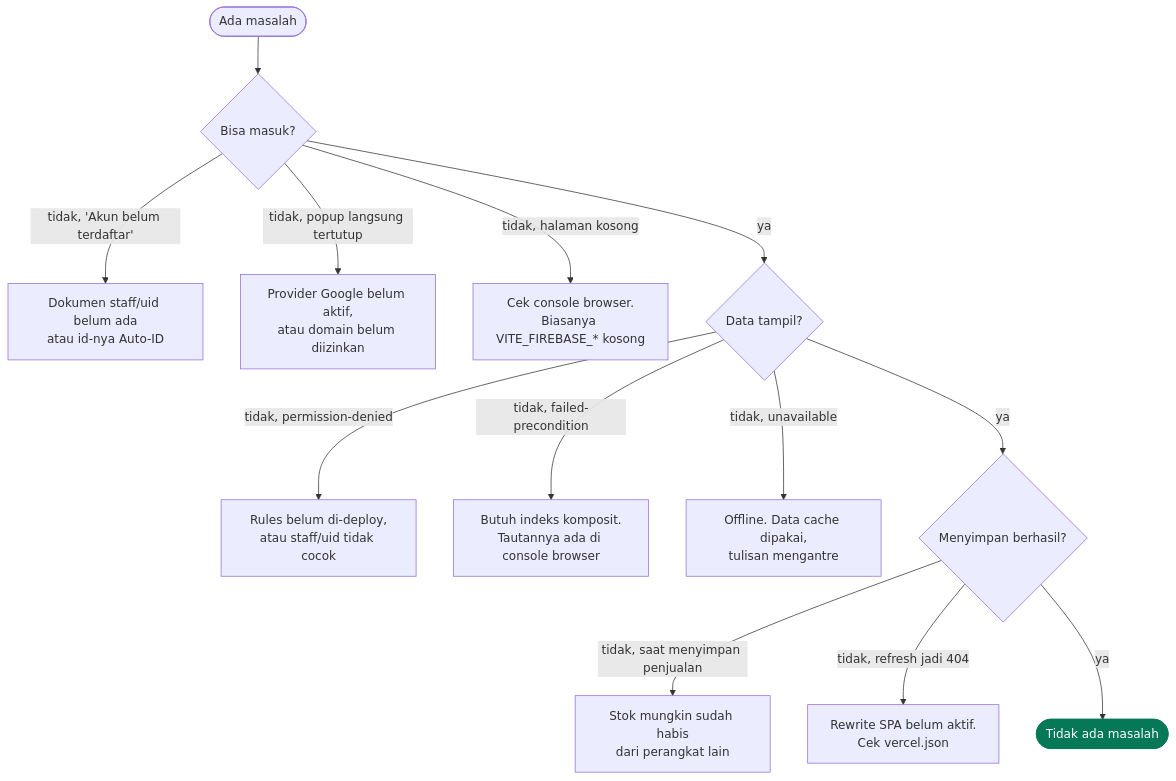
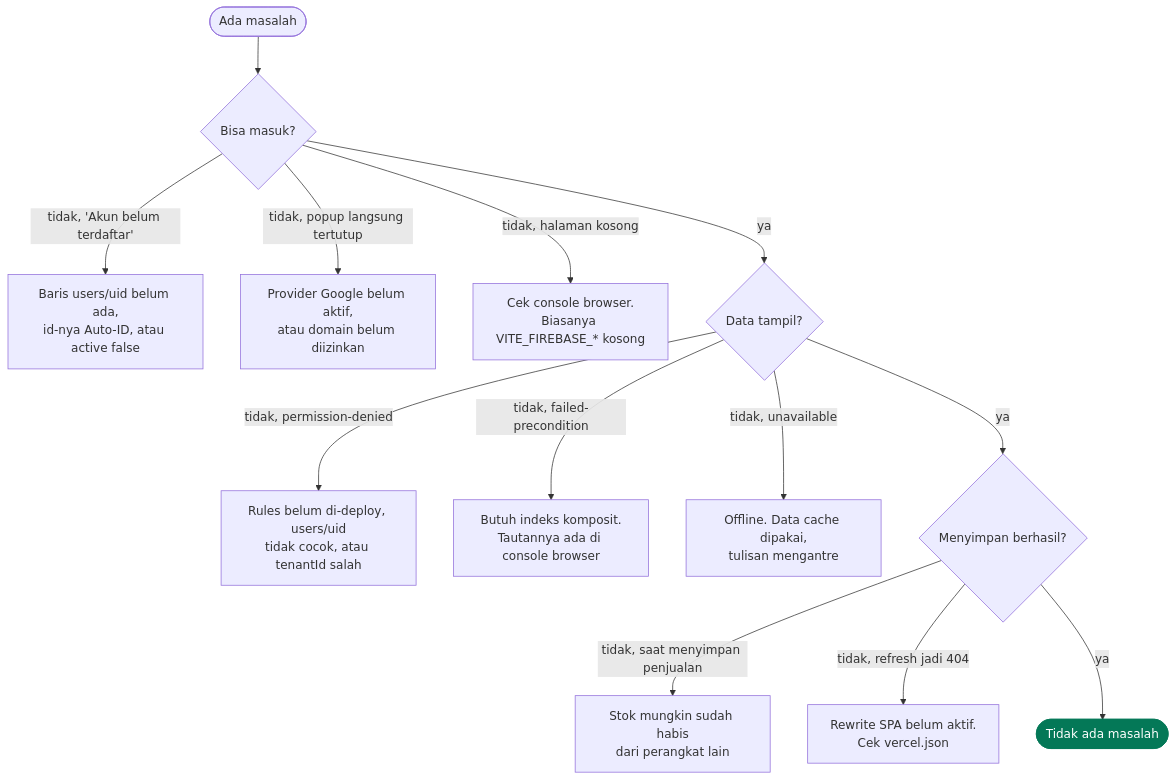
The fifth of 5 diagrams in docs/operasional.md (nadhimc/simple-pos-kkn-agung), drawn with Mermaid before and after one commit. The commit also changed other lines of this file and 10 other files, not shown here.

````diff
--- a/docs/operasional.md
+++ b/docs/operasional.md
@@ -195,21 +189,21 @@
 ```mermaid
 flowchart TD
   P(["Ada masalah"]) --> Q1{"Bisa masuk?"}
 
-  Q1 -->|"tidak, 'Akun belum terdaftar'"| A1["Dokumen staff/uid belum ada<br/>atau id-nya Auto-ID"]
+  Q1 -->|"tidak, 'Akun belum terdaftar'"| A1["Baris users/uid belum ada,<br/>id-nya Auto-ID, atau active false"]
   Q1 -->|"tidak, popup langsung tertutup"| A2["Provider Google belum aktif,<br/>atau domain belum diizinkan"]
   Q1 -->|"tidak, halaman kosong"| A3["Cek console browser.<br/>Biasanya VITE_FIREBASE_* kosong"]
   Q1 -->|"ya"| Q2{"Data tampil?"}
 
-  Q2 -->|"tidak, permission-denied"| B1["Rules belum di-deploy,<br/>atau staff/uid tidak cocok"]
+  Q2 -->|"tidak, permission-denied"| B1["Rules belum di-deploy, users/uid<br/>tidak cocok, atau tenantId salah"]
   Q2 -->|"tidak, failed-precondition"| B2["Butuh indeks komposit.<br/>Tautannya ada di console browser"]
   Q2 -->|"tidak, unavailable"| B3["Offline. Data cache dipakai,<br/>tulisan mengantre"]
   Q2 -->|"ya"| Q3{"Menyimpan berhasil?"}
 
   Q3 -->|"tidak, saat menyimpan penjualan"| C1["Stok mungkin sudah habis<br/>dari perangkat lain"]
   Q3 -->|"tidak, refresh jadi 404"| C2["Rewrite SPA belum aktif.<br/>Cek vercel.json"]
   Q3 -->|"ya"| OK(["Tidak ada masalah"])
 
   classDef ok fill:#047857,stroke:#047857,color:#ffffff
   class OK ok
 ```
````
